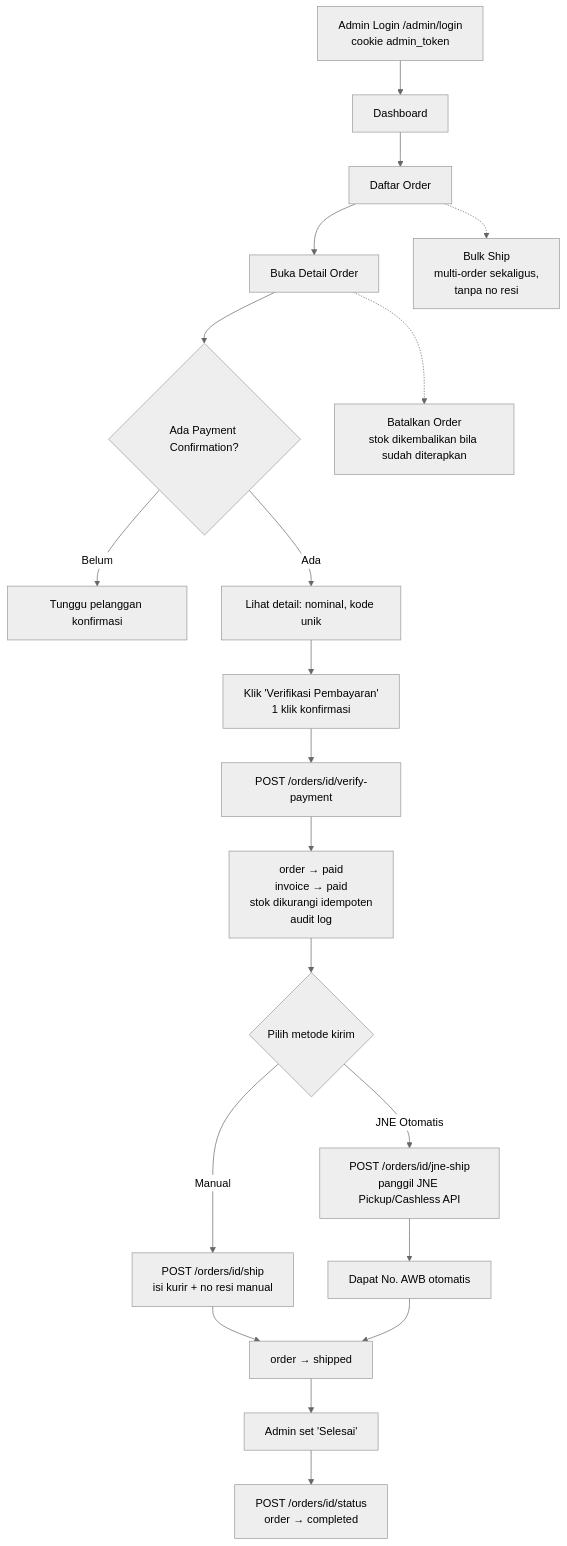
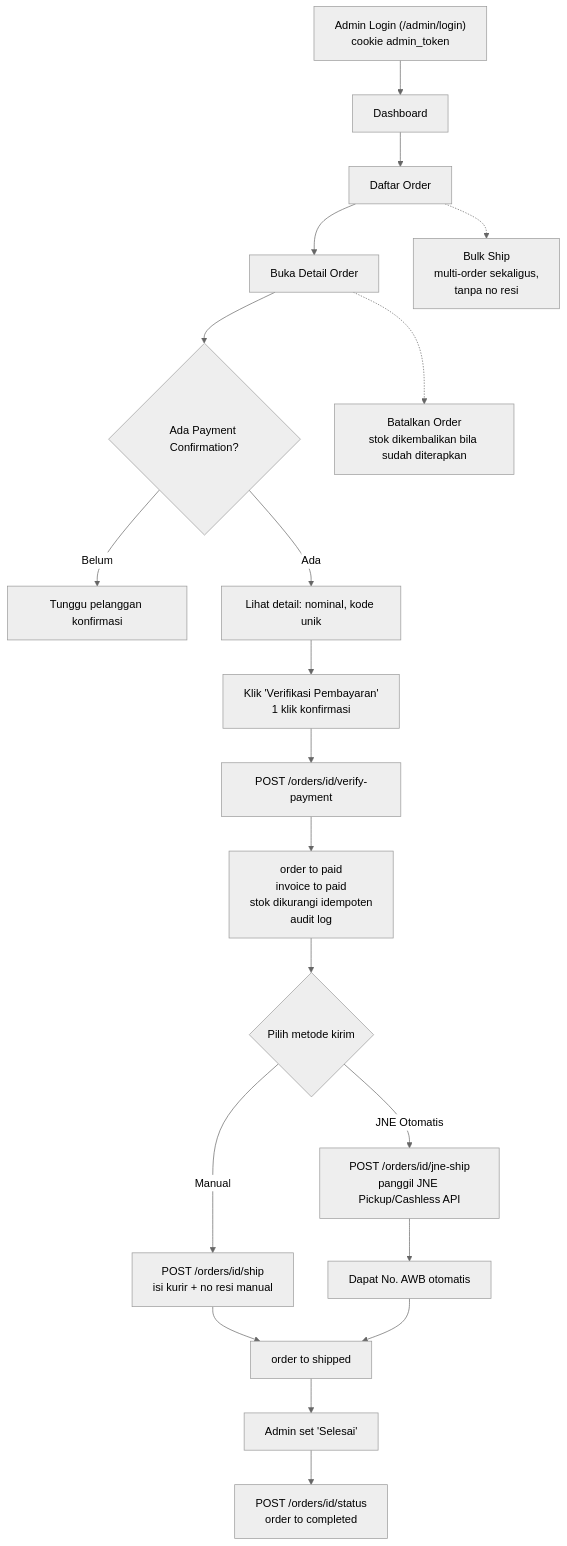
The second of 5 diagrams in fe_onlineshop/README.md (EzraNahumury/onlineshop), drawn with Mermaid (neutral theme) before and after one commit. The commit also changed other lines of this file, not shown here.

First line of the commit message:
fix(docs): perbaiki syntax mermaid di README yang gagal render di GitHub

````diff
--- a/fe_onlineshop/README.md
+++ b/fe_onlineshop/README.md
@@ -418,22 +418,22 @@
 ```mermaid
 flowchart TD
-    A[Admin Login /admin/login<br/>cookie admin_token] --> B[Dashboard]
-    B --> C[Daftar Order]
-    C --> D[Buka Detail Order]
-    D --> E{Ada Payment Confirmation?}
-    E -- Belum --> F[Tunggu pelanggan konfirmasi]
-    E -- Ada --> G[Lihat detail: nominal, kode unik]
-    G --> H[Klik 'Verifikasi Pembayaran'<br/>1 klik konfirmasi]
-    H --> I[POST /orders/id/verify-payment]
-    I --> J[order → paid<br/>invoice → paid<br/>stok dikurangi idempoten<br/>audit log]
-    J --> K{Pilih metode kirim}
-    K -- Manual --> L[POST /orders/id/ship<br/>isi kurir + no resi manual]
-    K -- JNE Otomatis --> M[POST /orders/id/jne-ship<br/>panggil JNE Pickup/Cashless API]
-    M --> N[Dapat No. AWB otomatis]
-    L --> O[order → shipped]
+    A["Admin Login (/admin/login)<br/>cookie admin_token"] --> B["Dashboard"]
+    B --> C["Daftar Order"]
+    C --> D["Buka Detail Order"]
+    D --> E{"Ada Payment Confirmation?"}
+    E -- Belum --> F["Tunggu pelanggan konfirmasi"]
+    E -- Ada --> G["Lihat detail: nominal, kode unik"]
+    G --> H["Klik 'Verifikasi Pembayaran'<br/>1 klik konfirmasi"]
+    H --> I["POST /orders/id/verify-payment"]
+    I --> J["order to paid<br/>invoice to paid<br/>stok dikurangi idempoten<br/>audit log"]
+    J --> K{"Pilih metode kirim"}
+    K -- Manual --> L["POST /orders/id/ship<br/>isi kurir + no resi manual"]
+    K -- "JNE Otomatis" --> M["POST /orders/id/jne-ship<br/>panggil JNE Pickup/Cashless API"]
+    M --> N["Dapat No. AWB otomatis"]
+    L --> O["order to shipped"]
     N --> O
-    O --> P[Admin set 'Selesai']
-    P --> Q[POST /orders/id/status<br/>order → completed]
-    C -.-> R[Bulk Ship<br/>multi-order sekaligus,<br/>tanpa no resi]
-    D -.-> S[Batalkan Order<br/>stok dikembalikan bila sudah diterapkan]
+    O --> P["Admin set 'Selesai'"]
+    P --> Q["POST /orders/id/status<br/>order to completed"]
+    C -.-> R["Bulk Ship<br/>multi-order sekaligus,<br/>tanpa no resi"]
+    D -.-> S["Batalkan Order<br/>stok dikembalikan bila sudah diterapkan"]
 ```
````
